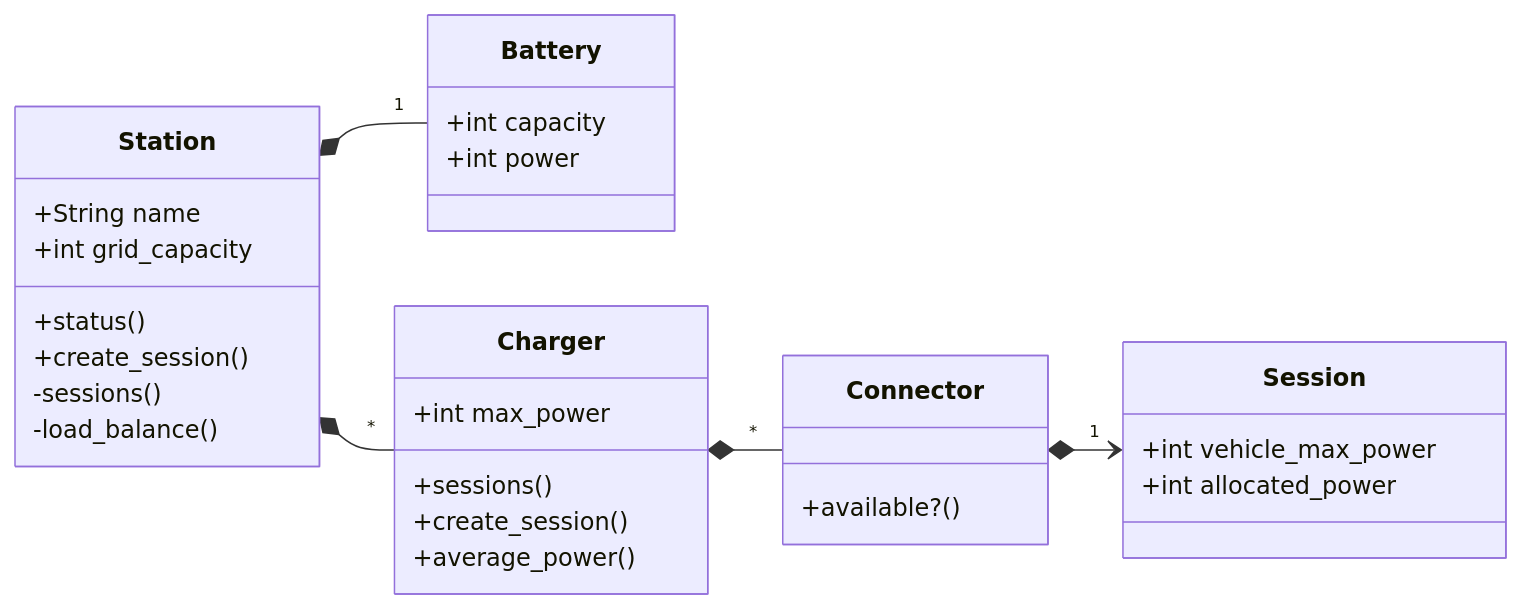
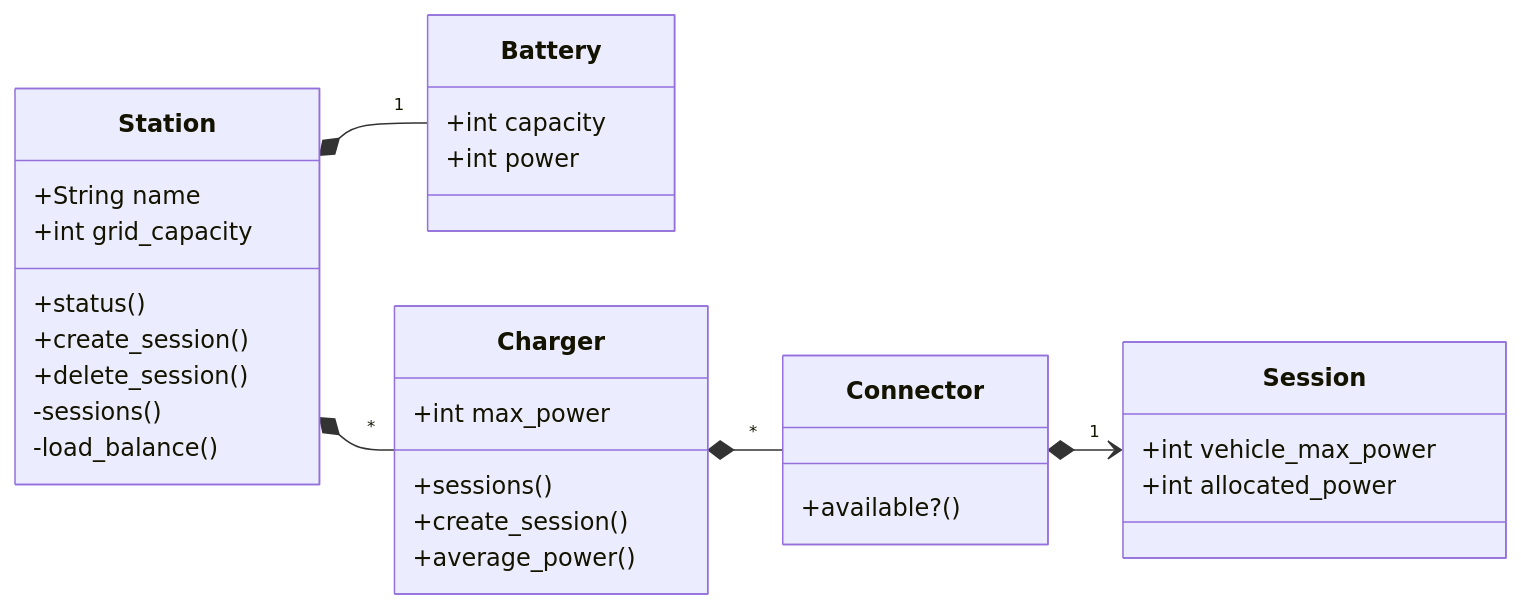
The diagram in README.md (lucasdchamps/sems), drawn with Mermaid before and after one commit. The commit also changed 2 other files, not shown here.

Commit message:
feat: add delete_session model method

````diff
--- a/README.md
+++ b/README.md
@@ -30,33 +30,34 @@
 ```mermaid
 classDiagram
 direction LR
     Station *-- "1" Battery
     Station *-- "*" Charger
     Charger *-- "*" Connector
     Connector *--> "1" Session
     class Station {
         +String name
         +int grid_capacity
         +status()
         +create_session()
+        +delete_session()
         -sessions()
         -load_balance()
     }
     class Charger {
         +int max_power
         +sessions()
         +create_session()
         +average_power()
     }
     class Connector {
         +available?()
     }
     class Session {
         +int vehicle_max_power
         +int allocated_power
     }
     class Battery {
         +int capacity
         +int power
     }
 ```
````
